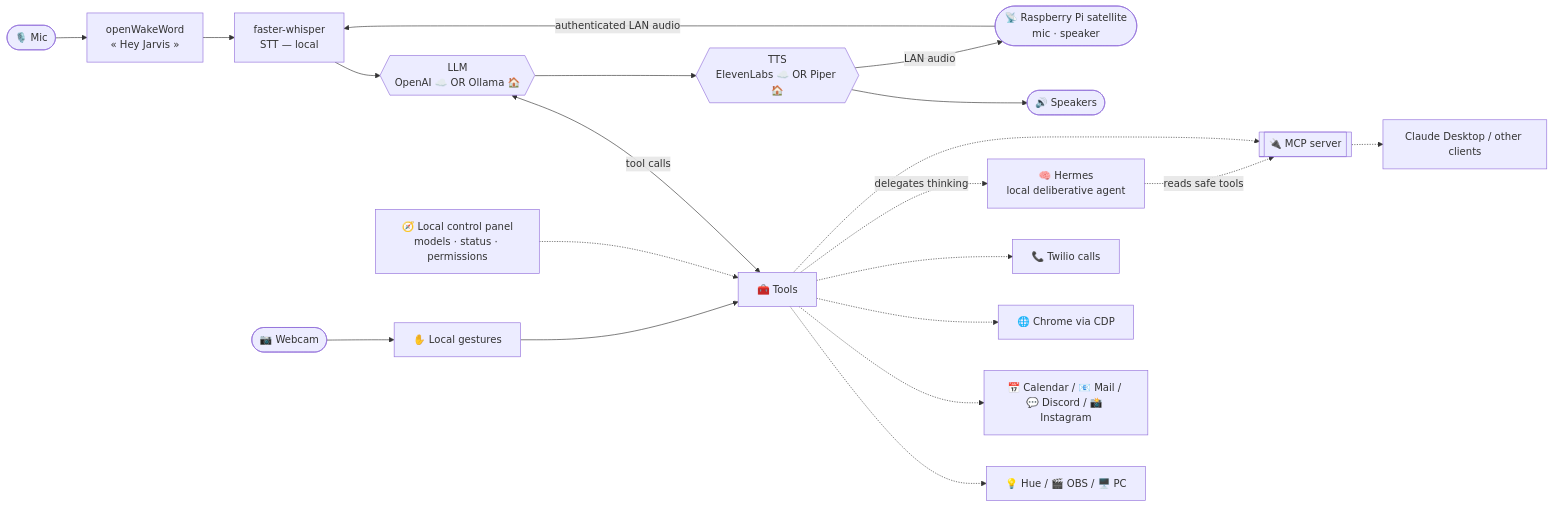
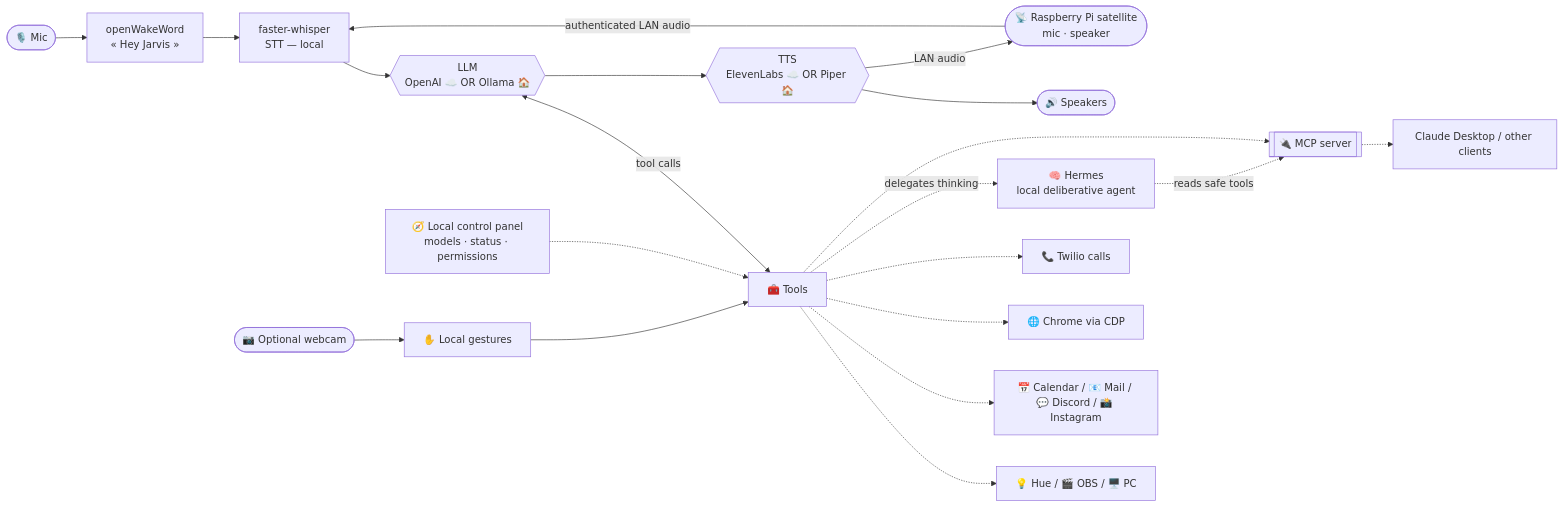
The diagram in README.en.md (flochatelain0-sudo/jarvis-assistant-vocal), drawn with Mermaid before and after one commit. The commit also changed other lines of this file and 13 other files, not shown here.

````diff
--- a/README.en.md
+++ b/README.en.md
@@ -72,24 +72,24 @@
 ```mermaid
 flowchart LR
     Mic([🎙️ Mic]) --> WW[openWakeWord<br/>« Hey Jarvis »]
     WW --> STT[faster-whisper<br/>STT — local]
     STT --> LLM{{LLM<br/>OpenAI ☁️ OR Ollama 🏠}}
     LLM <-->|tool calls| TOOLS[🧰 Tools]
     LLM --> TTS{{TTS<br/>ElevenLabs ☁️ OR Piper 🏠}}
     TTS --> SPK([🔊 Speakers])
 
     SAT([📡 Raspberry Pi satellite<br/>mic · speaker]) -->|authenticated LAN audio| STT
     TTS -->|LAN audio| SAT
-    CAM([📷 Webcam]) --> GEST[✋ Local gestures]
+    CAM([📷 Optional webcam]) --> GEST[✋ Local gestures]
     GEST --> TOOLS
 
     TOOLS -.-> HOME[💡 Hue / 🎬 OBS / 🖥️ PC]
     TOOLS -.-> NET[📅 Calendar / 📧 Mail / 💬 Discord / 📸 Instagram]
     TOOLS -.-> CDP[🌐 Chrome via CDP]
     TOOLS -.-> TW[📞 Twilio calls]
     TOOLS -.->|delegates thinking| HERMES[🧠 Hermes<br/>local deliberative agent]
     TOOLS -.-> MCP[[🔌 MCP server]]
     HERMES -.->|reads safe tools| MCP
     MCP -.-> EXT[Claude Desktop / other clients]
     PANEL[🧭 Local control panel<br/>models · status · permissions] -.-> TOOLS
 ```
````
